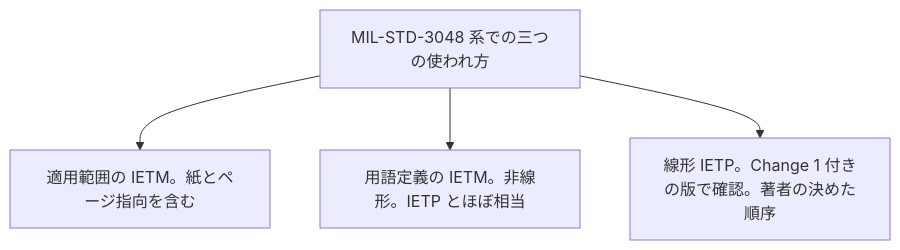
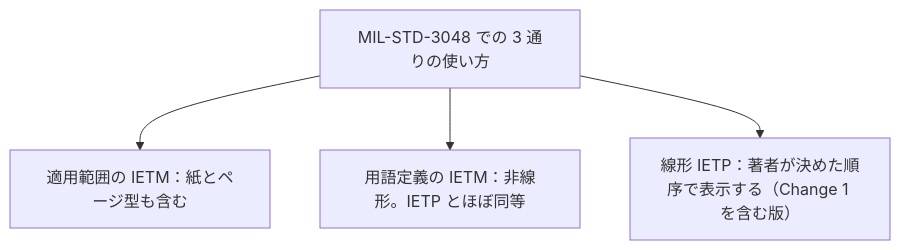
One commit to shuji-bonji/zenn-articles changed the diagram in books/ietm-overview/ietm-vs-ietp.md. Above: the diagram before and after it, drawn with Mermaid. The commit also changed other lines of this file, not shown here.

First line of the commit message:
fix: IETM入門「IETM と IETP の関係」の日本語を直し、冒頭を要約文にした

````diff
--- a/books/ietm-overview/ietm-vs-ietp.md
+++ b/books/ietm-overview/ietm-vs-ietp.md
@@ -44,7 +42,7 @@
 ```mermaid
 flowchart TB
-  S["MIL-STD-3048 系での三つの使われ方"]
-  S --> A["適用範囲の IETM。紙とページ指向を含む"]
-  S --> B["用語定義の IETM。非線形。IETP とほぼ相当"]
-  S --> C["線形 IETP。Change 1 付きの版で確認。著者の決めた順序"]
+  S["MIL-STD-3048 での 3 通りの使い方"]
+  S --> A["適用範囲の IETM：紙とページ型も含む"]
+  S --> B["用語定義の IETM：非線形。IETP とほぼ同等"]
+  S --> C["線形 IETP：著者が決めた順序で表示する（Change 1 を含む版）"]
 ```
````
